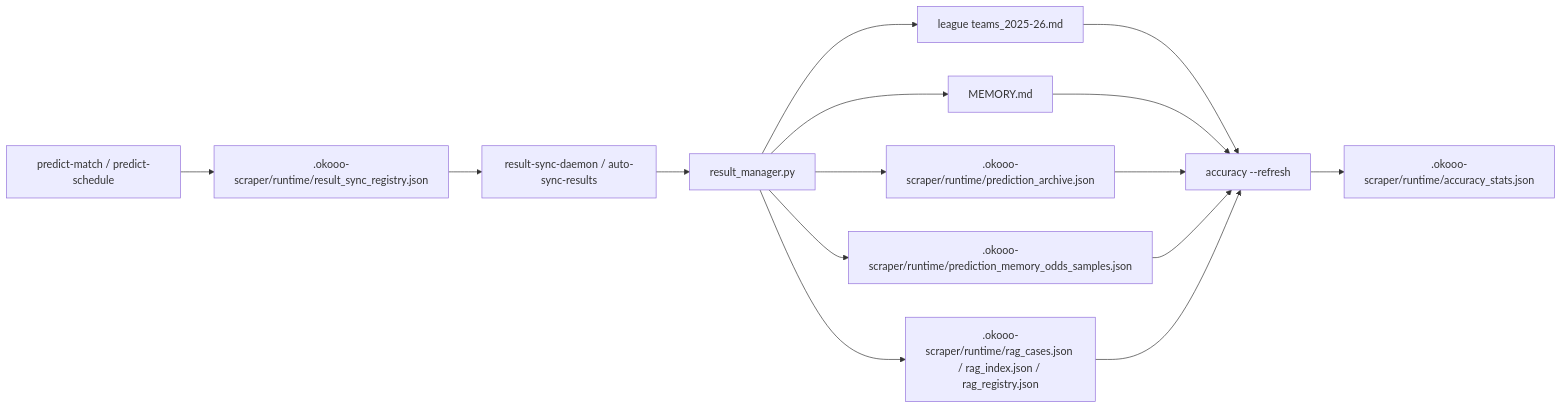
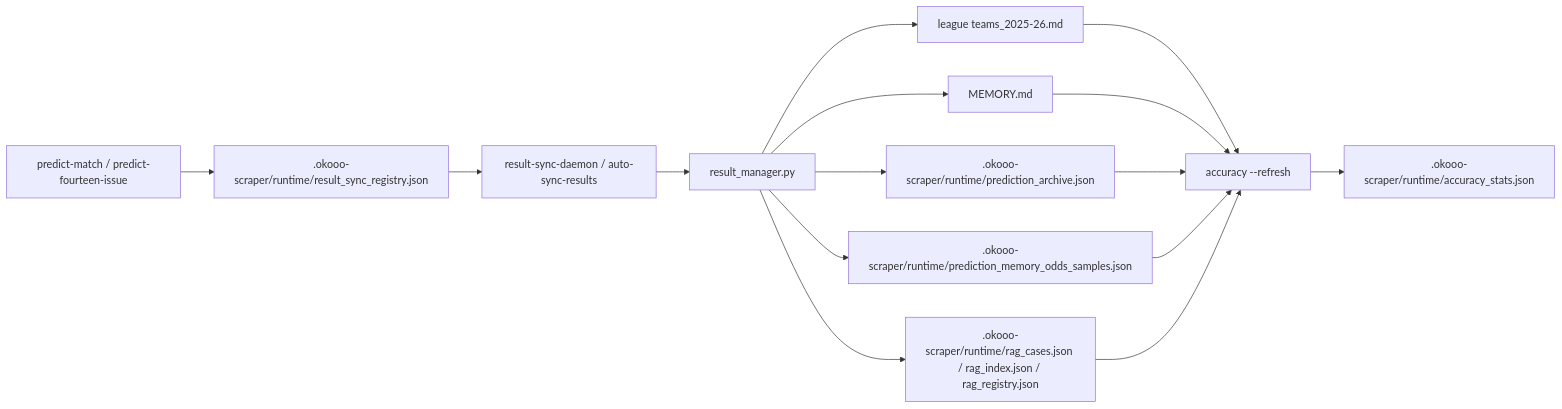
The third of 5 diagrams in docs/architecture/europe_leagues_architecture.md (LorenJun/trae_projects), drawn with Mermaid before and after one commit. The commit also changed other lines of this file and 37 other files, not shown here.

````diff
--- a/docs/architecture/europe_leagues_architecture.md
+++ b/docs/architecture/europe_leagues_architecture.md
@@ -353,17 +353,17 @@
 ```mermaid
 flowchart LR
-  A[predict-match / predict-schedule] --> R[.okooo-scraper/runtime/result_sync_registry.json]
+  A[predict-match / predict-fourteen-issue] --> R[.okooo-scraper/runtime/result_sync_registry.json]
   R --> T[result-sync-daemon / auto-sync-results]
   T --> B[result_manager.py]
   B --> C[league teams_2025-26.md]
   B --> M[MEMORY.md]
   B --> P[.okooo-scraper/runtime/prediction_archive.json]
   B --> S[.okooo-scraper/runtime/prediction_memory_odds_samples.json]
   B --> G[.okooo-scraper/runtime/rag_cases.json / rag_index.json / rag_registry.json]
   C --> D[accuracy --refresh]
   M --> D
   P --> D
   S --> D
   G --> D
   D --> E[.okooo-scraper/runtime/accuracy_stats.json]
 ```
````
